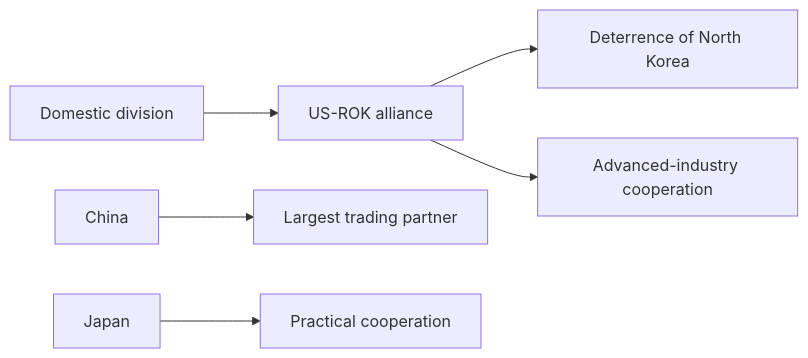
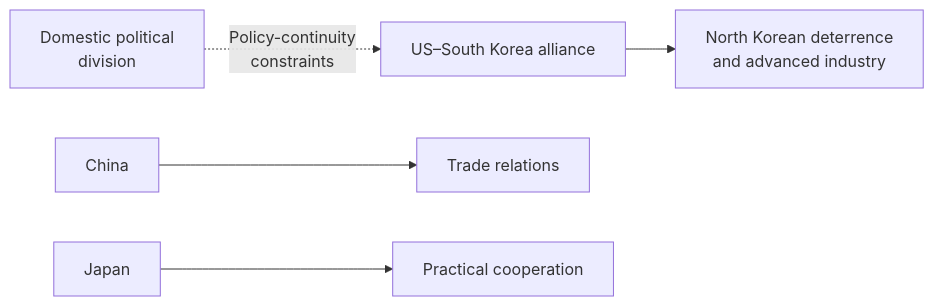
Before and after one commit to daylight55/research: the second of 2 diagrams in articles/report/south-korea-geopolitical-profile/en/index.mdx, drawn with Mermaid. The commit also changed other lines of this file and 181 other files, not shown here.

First line of the commit message:
全記事の図解368点を再生成し、共通注意書きを削除 (#402)

````diff
--- a/articles/report/south-korea-geopolitical-profile/en/index.mdx
+++ b/articles/report/south-korea-geopolitical-profile/en/index.mdx
@@ -74,8 +77,16 @@
 ```mermaid
 flowchart LR
-  A["US-ROK alliance"] --> B["Deterrence of North Korea"]
-  A --> C["Advanced-industry cooperation"]
-  D["China"] --> E["Largest trading partner"]
-  F["Japan"] --> G["Practical cooperation"]
-  H["Domestic division"] --> A
+  accTitle: South Korea's US alliance, China trade and Japan cooperation
+  accDescr: North Korean deterrence, advanced industries, Chinese markets and Japanese cooperation involve distinct interests; domestic politics affects continuity.
+  N0["US–South Korea alliance"]
+  N1["North Korean deterrence<br/>and advanced industry"]
+  N2["China"]
+  N3["Trade relations"]
+  N4["Japan"]
+  N5["Practical cooperation"]
+  N6["Domestic political<br/>division"]
+  N0 --> N1
+  N2 --> N3
+  N4 --> N5
+  N6 -.->|Policy-continuity<br/>constraints| N0
 ```
````
